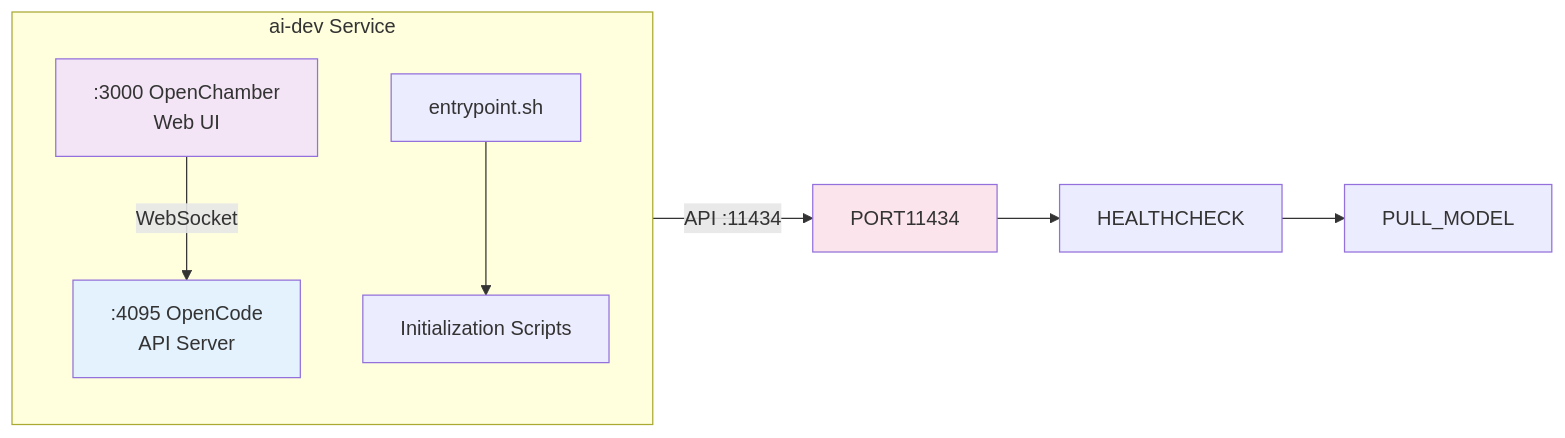
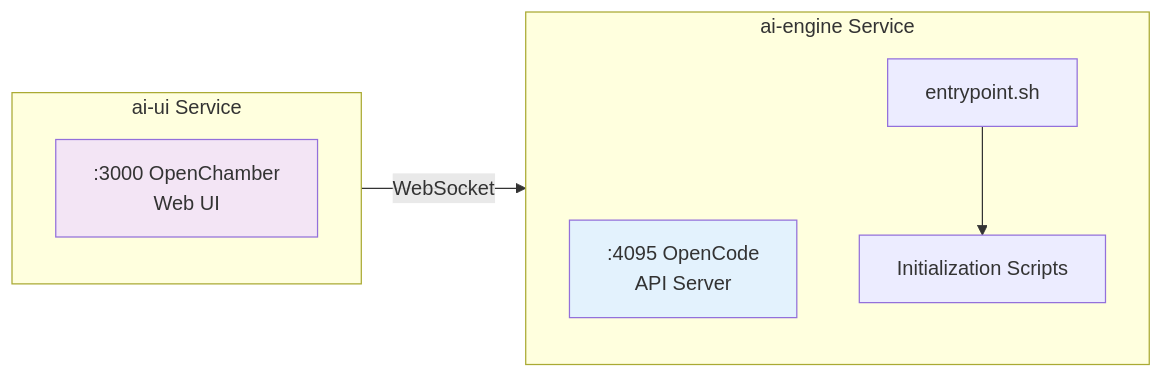
One commit to tryweb/ai-engkit changed the second of 10 diagrams in docs/ARCHITECTURE.md. Above: the diagram before and after it, drawn with Mermaid. The commit also changed other lines of this file and 10 other files, not shown here.

````diff
--- a/docs/ARCHITECTURE.md
+++ b/docs/ARCHITECTURE.md
@@ -60,20 +64,20 @@
 ```mermaid
 graph LR
-    subgraph "ai-dev Service"
+    subgraph "ai-engine Service"
         direction TB
-        PORT3000[":3000 OpenChamber<br/>Web UI"]
         OC_API[":4095 OpenCode<br/>API Server"]
         ENTRYPOINT["entrypoint.sh"]
         INIT_SCRIPTS["Initialization Scripts"]
     end
 
+    subgraph "ai-ui Service"
+        direction TB
+        PORT3000[":3000 OpenChamber<br/>Web UI"]
+    end
+
     PORT3000 -->|"WebSocket"| OC_API
-    OC_API -->|"API :11434"| PORT11434
     ENTRYPOINT --> INIT_SCRIPTS
-    PORT11434 --> HEALTHCHECK
-    HEALTHCHECK --> PULL_MODEL
 
     style PORT3000 fill:#f3e5f5
     style OC_API fill:#e3f2fd
-    style PORT11434 fill:#fce4ec
 ```
````
